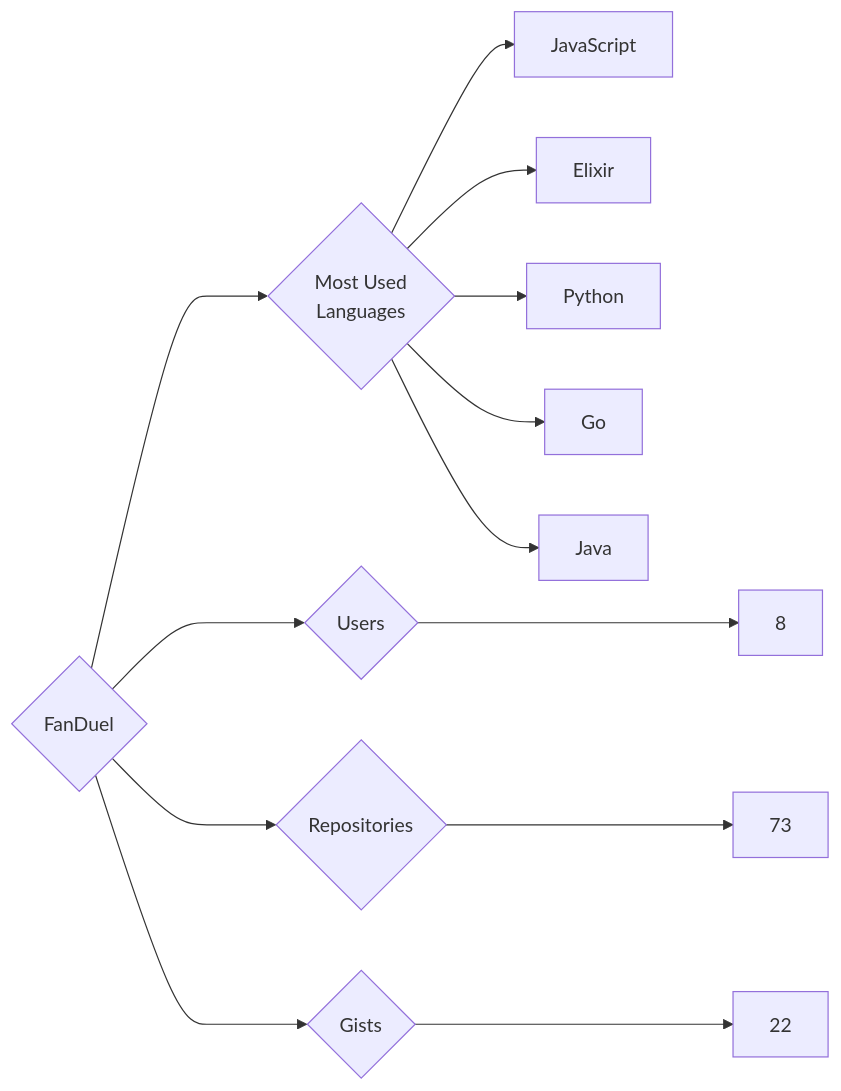
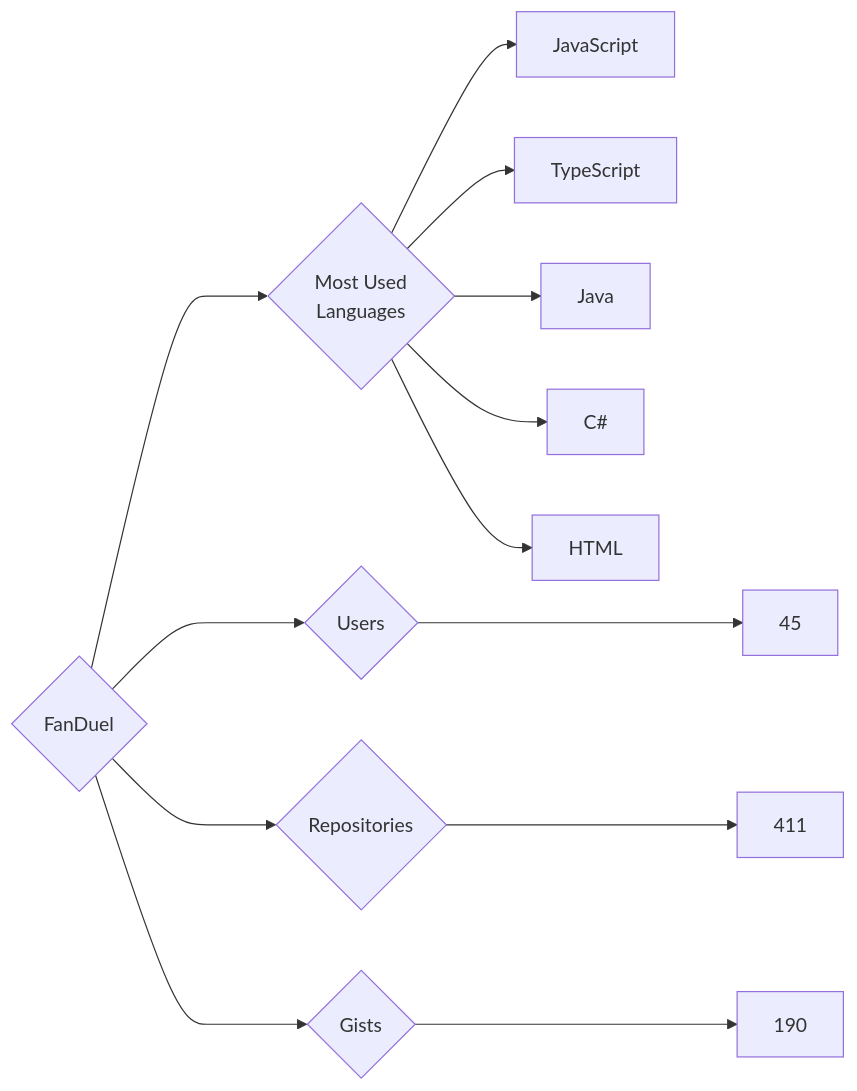
One commit to trickest/insiders changed the diagram in targets/FanDuel/README.md. Above: the diagram before and after it, drawn with Mermaid. The commit also changed 837 other files, not shown here.

````diff
--- a/targets/FanDuel/README.md
+++ b/targets/FanDuel/README.md
@@ -3,13 +3,13 @@
 ```mermaid
 graph LR
 COMPANY_NAME{FanDuel}
-COMPANY_NAME ---> U{Users} ---> UN[8]
-COMPANY_NAME ---> R{Repositories} ---> RN[73]
-COMPANY_NAME ---> G{Gists} ---> GN[22]
+COMPANY_NAME ---> U{Users} ---> UN[45]
+COMPANY_NAME ---> R{Repositories} ---> RN[411]
+COMPANY_NAME ---> G{Gists} ---> GN[190]
 COMPANY_NAME ---> ML{Most Used<br>Languages}
 ML --> JavaScript[JavaScript]
-ML --> Elixir[Elixir]
-ML --> Python[Python]
-ML --> Go[Go]
+ML --> TypeScript[TypeScript]
 ML --> Java[Java]
+ML --> C#[C#]
+ML --> HTML[HTML]
 ```
````
